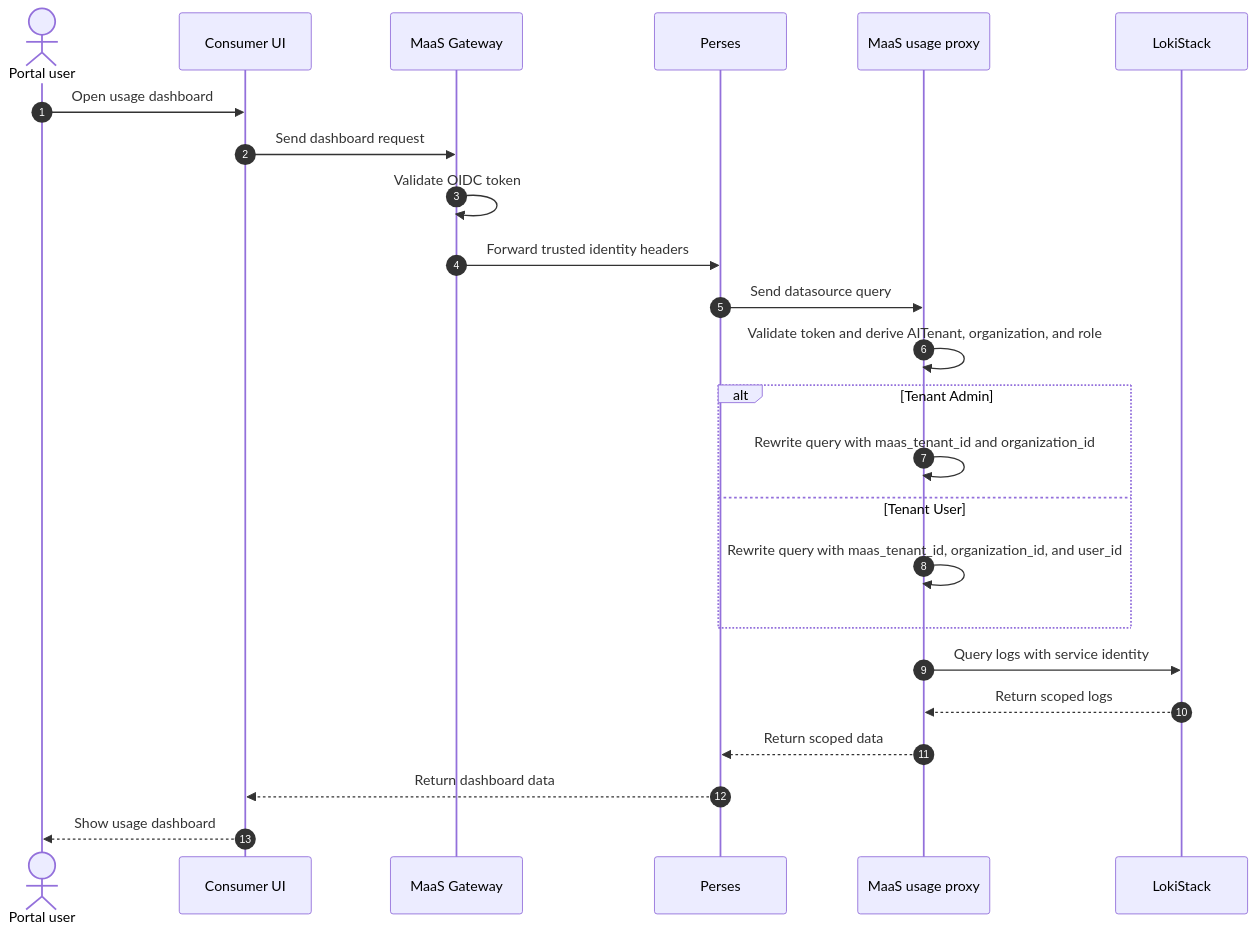
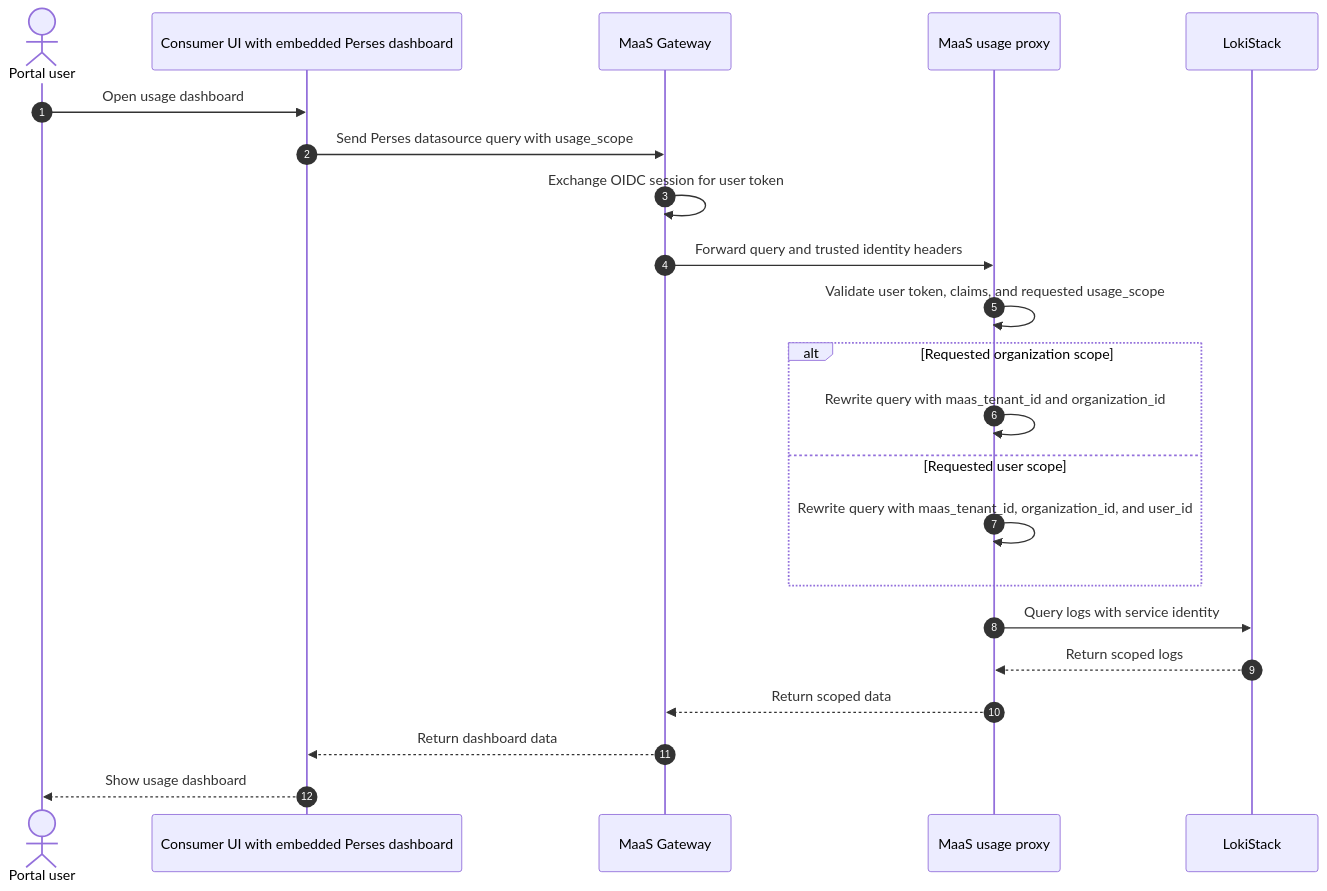
One commit to opendatahub-io/architecture-decision-records changed the second of 3 diagrams in architecture-decision-records/model-serving/ODH-ADR-MS-0009-maas-usage-dashboard-oidc-authorization-and-data-scoping.md. Above: the diagram before and after it, drawn with Mermaid. The commit also changed other lines of this file, not shown here.

Commit message:
Update diagram for clarity and address review comments.

````diff
--- a/architecture-decision-records/model-serving/ODH-ADR-MS-0009-maas-usage-dashboard-oidc-authorization-and-data-scoping.md
+++ b/architecture-decision-records/model-serving/ODH-ADR-MS-0009-maas-usage-dashboard-oidc-authorization-and-data-scoping.md
@@ -116,29 +124,27 @@
 ```mermaid
 sequenceDiagram
   autonumber
   actor User as Portal user
-  participant UI as Consumer UI
+  participant UI as Consumer UI with embedded Perses dashboard
   participant Gateway as MaaS Gateway
-  participant Perses as Perses
   participant Usage as MaaS usage proxy
   participant Loki as LokiStack
 
   User->>UI: Open usage dashboard
-  UI->>Gateway: Send dashboard request
-  Gateway->>Gateway: Validate OIDC token
-  Gateway->>Perses: Forward trusted identity headers
-  Perses->>Usage: Send datasource query
-  Usage->>Usage: Validate token and derive AITenant, organization, and role
+  UI->>Gateway: Send Perses datasource query with usage_scope
+  Gateway->>Gateway: Exchange OIDC session for user token
+  Gateway->>Usage: Forward query and trusted identity headers
+  Usage->>Usage: Validate user token, claims, and requested usage_scope
 
-  alt Tenant Admin
+  alt Requested organization scope
     Usage->>Usage: Rewrite query with maas_tenant_id and organization_id
-  else Tenant User
+  else Requested user scope
     Usage->>Usage: Rewrite query with maas_tenant_id, organization_id, and user_id
   end
 
   Usage->>Loki: Query logs with service identity
   Loki-->>Usage: Return scoped logs
-  Usage-->>Perses: Return scoped data
-  Perses-->>UI: Return dashboard data
+  Usage-->>Gateway: Return scoped data
+  Gateway-->>UI: Return dashboard data
   UI-->>User: Show usage dashboard
 ```
````
